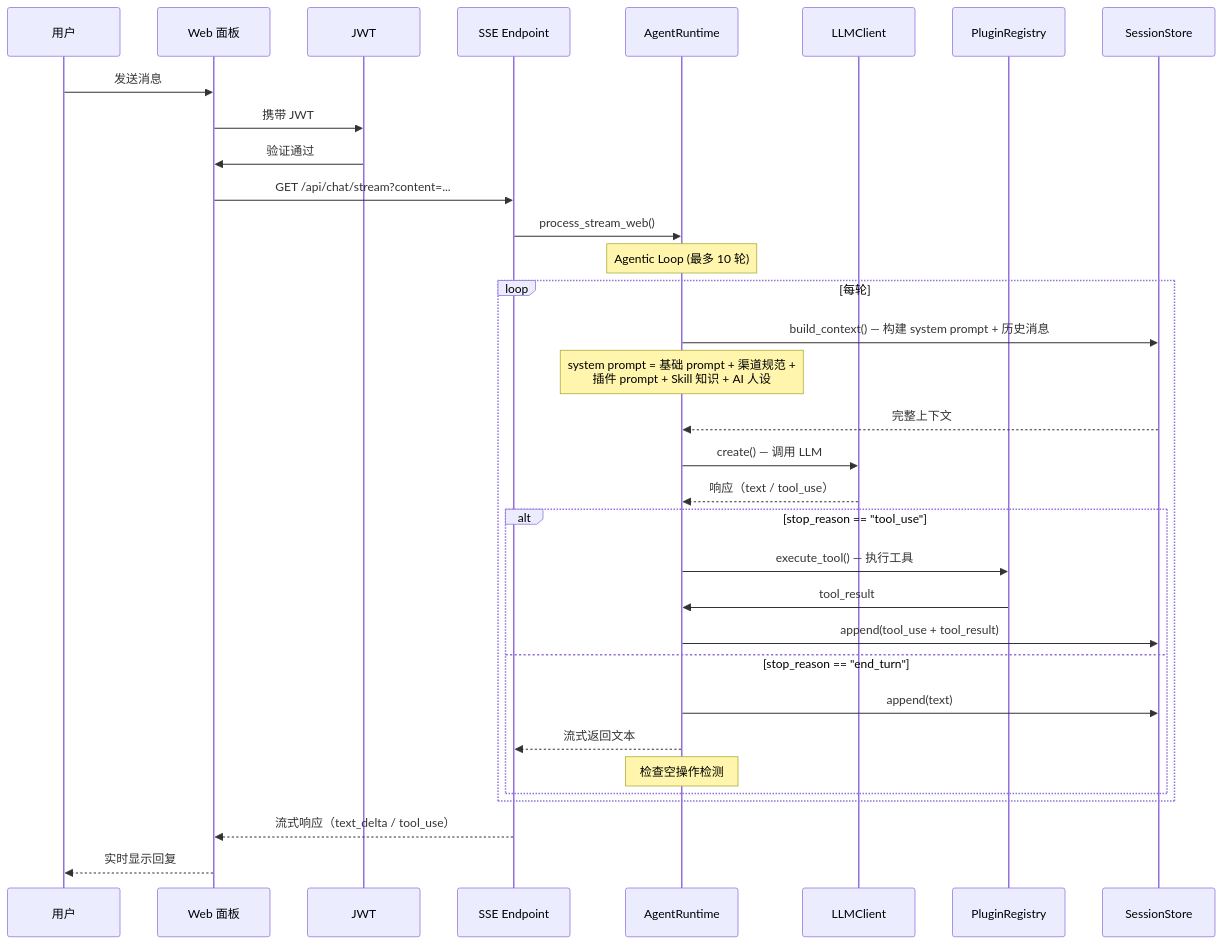
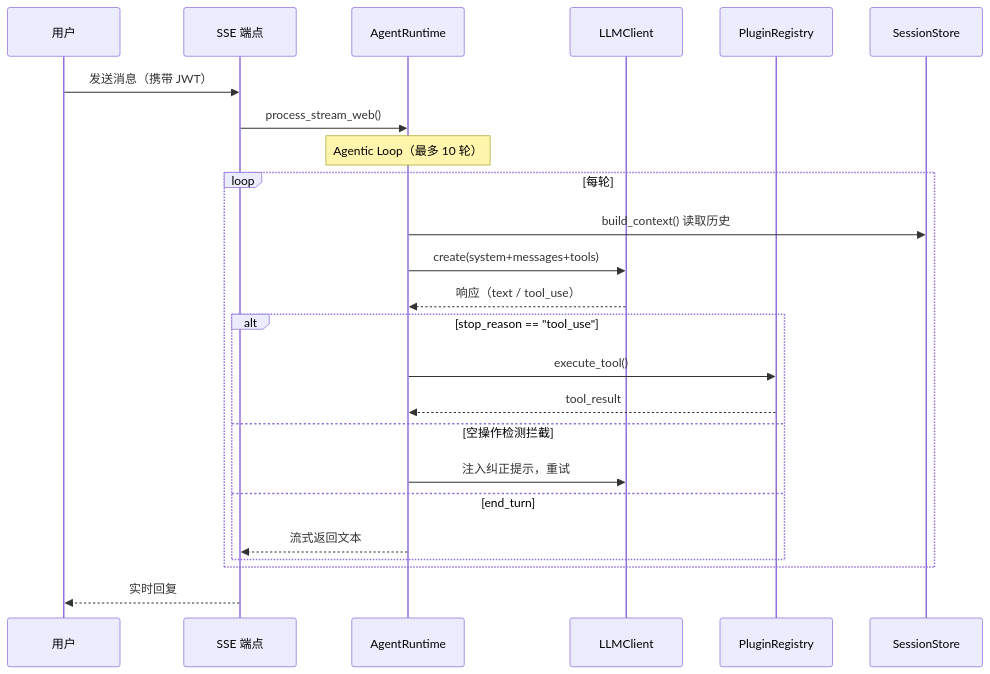
Before and after one commit to morehao/oss-insights: the second of 2 diagrams in agent-product/openvort/README.md, drawn with Mermaid. The commit also changed other lines of this file and 73 other files, not shown here.

````diff
--- a/agent-product/openvort/README.md
+++ b/agent-product/openvort/README.md
@@ -181,40 +141,30 @@
 ```mermaid
 sequenceDiagram
     participant U as 用户
-    participant W as Web 面板
-    participant Auth as JWT
-    participant SSE as SSE Endpoint
+    participant SSE as SSE 端点
     participant AR as AgentRuntime
     participant LC as LLMClient
     participant PR as PluginRegistry
     participant SS as SessionStore
 
-    U->>W: 发送消息
-    W->>Auth: 携带 JWT
-    Auth->>W: 验证通过
-    W->>SSE: GET /api/chat/stream?content=...
+    U->>SSE: 发送消息（携带 JWT）
     SSE->>AR: process_stream_web()
-
-    Note over AR: Agentic Loop (最多 10 轮)
+    Note over AR: Agentic Loop（最多 10 轮）
 
     loop 每轮
-        AR->>SS: build_context() — 构建 system prompt + 历史消息
-        Note over AR: system prompt = 基础 prompt + 渠道规范 +<br/>插件 prompt + Skill 知识 + AI 人设
-        SS-->>AR: 完整上下文
-        AR->>LC: create() — 调用 LLM
+        AR->>SS: build_context() 读取历史
+        AR->>LC: create(system+messages+tools)
         LC-->>AR: 响应（text / tool_use）
 
         alt stop_reason == "tool_use"
-            AR->>PR: execute_tool() — 执行工具
-            PR->>AR: tool_result
-            AR->>SS: append(tool_use + tool_result)
-        else stop_reason == "end_turn"
-            AR->>SS: append(text)
+            AR->>PR: execute_tool()
+            PR-->>AR: tool_result
+        else 空操作检测拦截
+            AR->>LC: 注入纠正提示，重试
+        else end_turn
             AR-->>SSE: 流式返回文本
-            Note over AR: 检查空操作检测
         end
     end
 
-    SSE-->>W: 流式响应（text_delta / tool_use）
-    W-->>U: 实时显示回复
+    SSE-->>U: 实时回复
 ```
````
